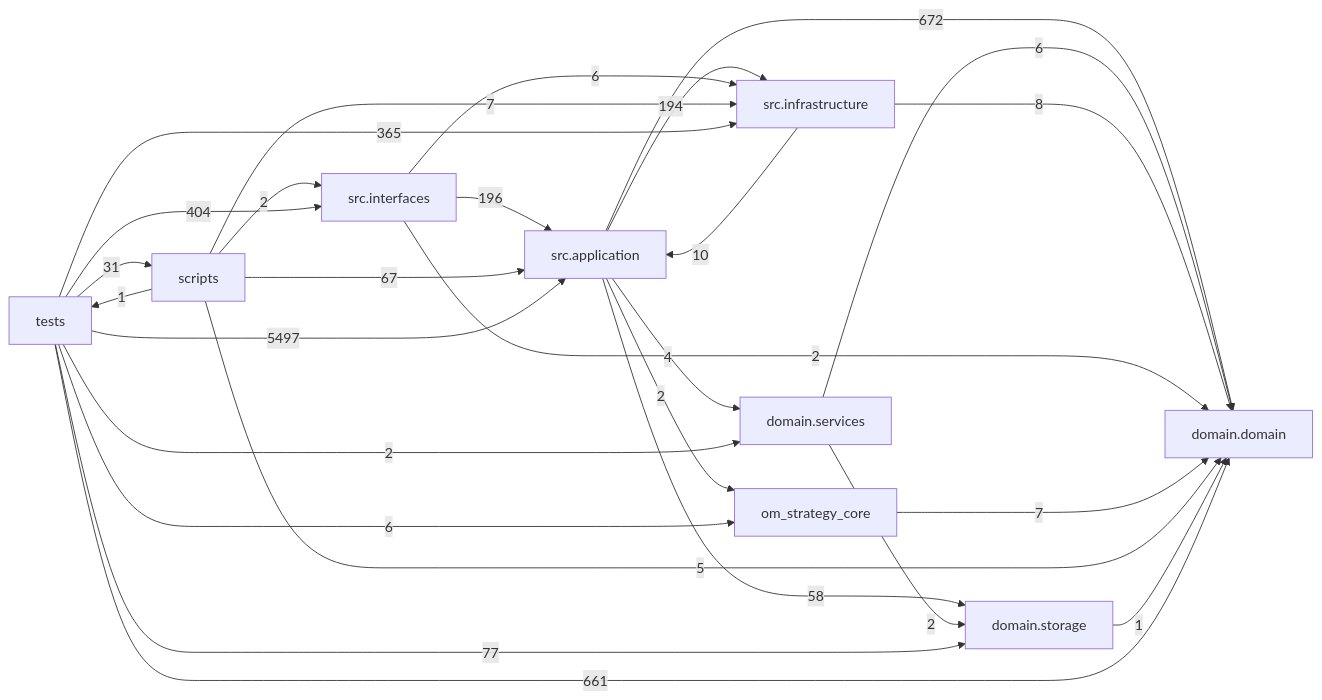
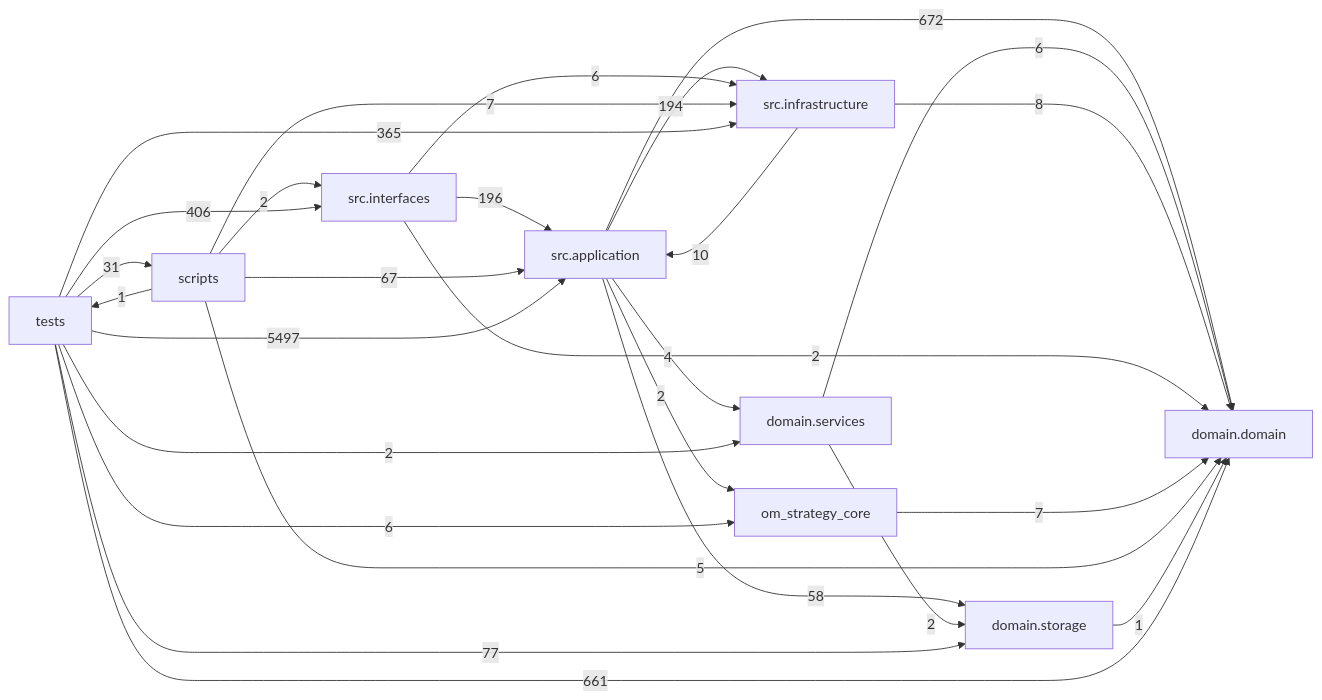
One commit to liuxie066/options-monitor changed the diagram in docs/DEPENDENCY_GRAPH.md. Above: the diagram before and after it, drawn with Mermaid. The commit also changed other lines of this file and 5 other files, not shown here.

````diff
--- a/docs/DEPENDENCY_GRAPH.md
+++ b/docs/DEPENDENCY_GRAPH.md
@@ -24,38 +24,38 @@
 ```mermaid
 flowchart LR
   tests["tests"]
   scripts["scripts"]
   interfaces["src.interfaces"]
   application["src.application"]
   infrastructure["src.infrastructure"]
   domain_services["domain.services"]
   domain["domain.domain"]
   storage["domain.storage"]
   application -->|672| domain
   application -->|4| domain_services
   application -->|194| infrastructure
   application -->|2| om_strategy_core
   application -->|58| storage
   domain_services -->|6| domain
   domain_services -->|2| storage
   infrastructure -->|10| application
   infrastructure -->|8| domain
   interfaces -->|196| application
   interfaces -->|2| domain
   interfaces -->|6| infrastructure
   om_strategy_core -->|7| domain
   scripts -->|67| application
   scripts -->|5| domain
   scripts -->|7| infrastructure
   scripts -->|2| interfaces
   scripts -->|1| tests
   storage -->|1| domain
   tests -->|5497| application
   tests -->|661| domain
   tests -->|2| domain_services
   tests -->|365| infrastructure
-  tests -->|404| interfaces
+  tests -->|406| interfaces
   tests -->|6| om_strategy_core
   tests -->|31| scripts
   tests -->|77| storage
 ```
````
